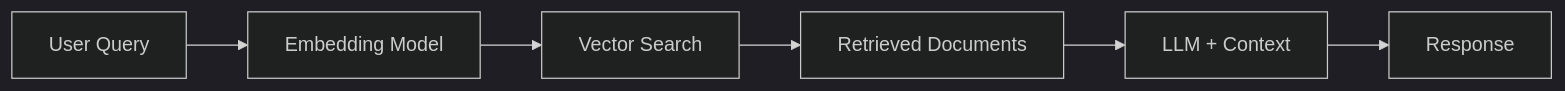
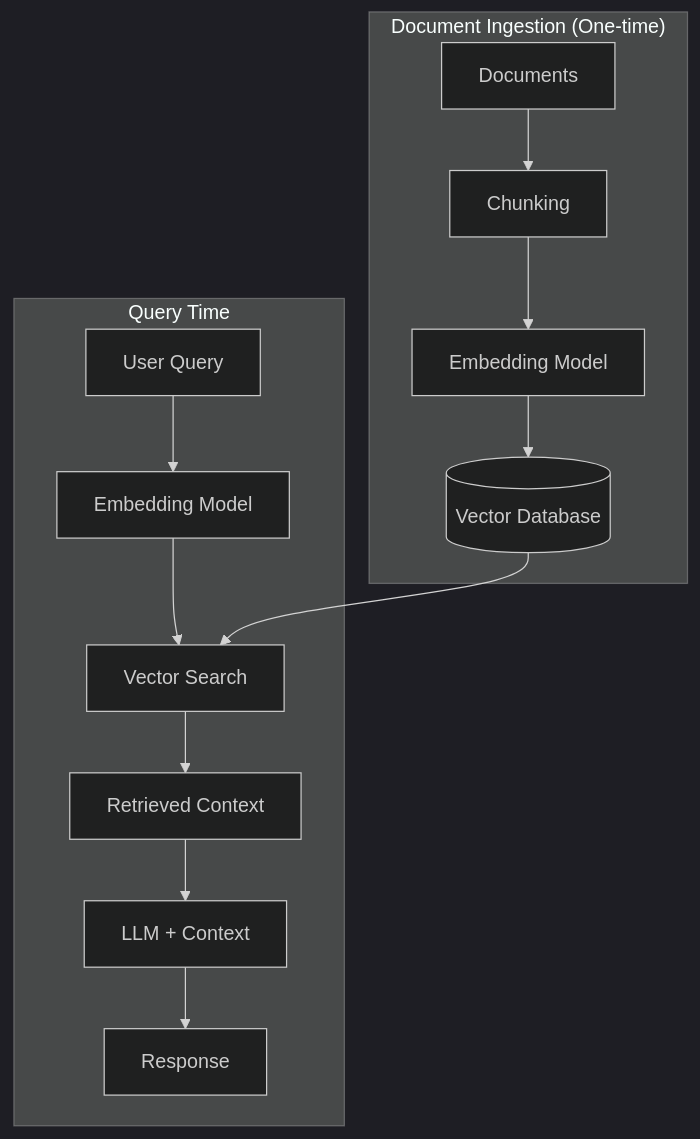
One commit to willburnstech/willburnstech.github.io changed the diagram in _posts/2025-12-11-building-rag-systems-with-langchain.md. Above: the diagram before and after it, drawn with Mermaid (dark theme). The commit also changed other lines of this file, not shown here.

````diff
--- a/_posts/2025-12-11-building-rag-systems-with-langchain.md
+++ b/_posts/2025-12-11-building-rag-systems-with-langchain.md
@@ -29,8 +26,17 @@
 ```mermaid
-flowchart LR
-    A[User Query] --> B[Embedding Model]
-    B --> C[Vector Search]
-    C --> D[Retrieved Documents]
-    D --> E[LLM + Context]
-    E --> F[Response]
+flowchart TB
+    subgraph Ingestion ["Document Ingestion (One-time)"]
+        A[Documents] --> B[Chunking]
+        B --> C[Embedding Model]
+        C --> D[(Vector Database)]
+    end
+
+    subgraph Query ["Query Time"]
+        E[User Query] --> F[Embedding Model]
+        F --> G[Vector Search]
+        D --> G
+        G --> H[Retrieved Context]
+        H --> I[LLM + Context]
+        I --> J[Response]
+    end
 ```
````
